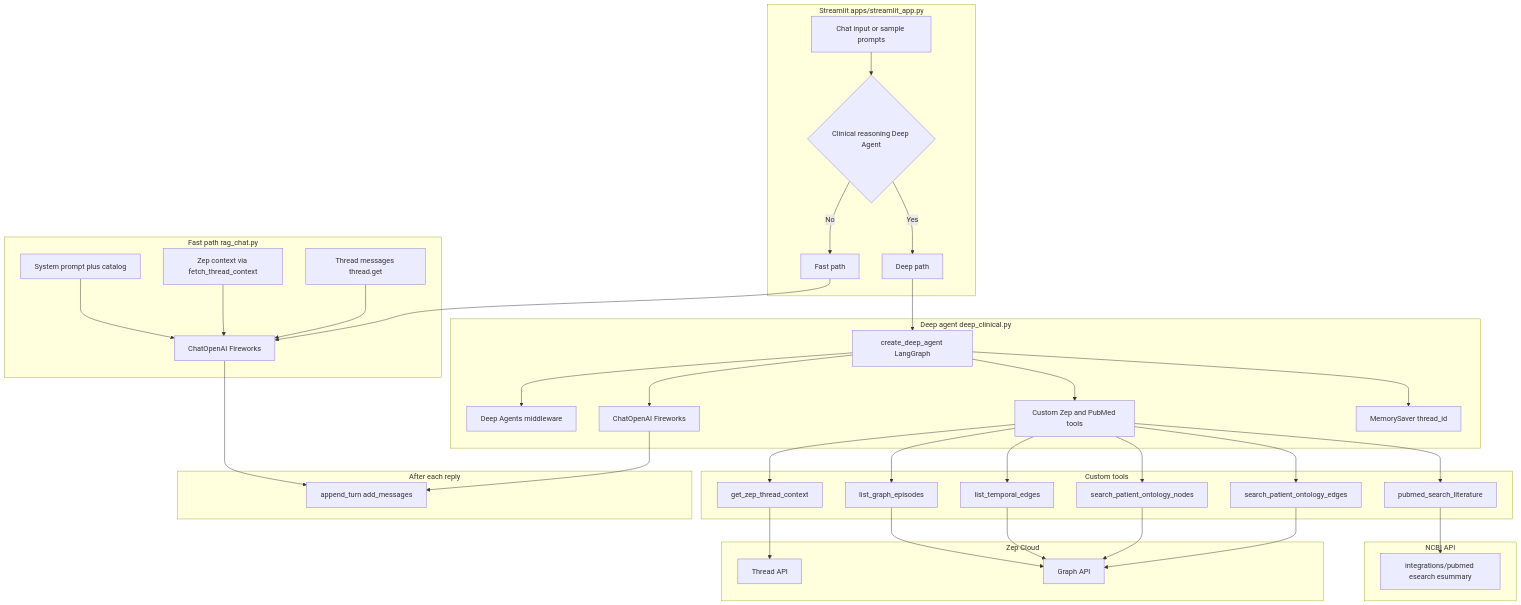
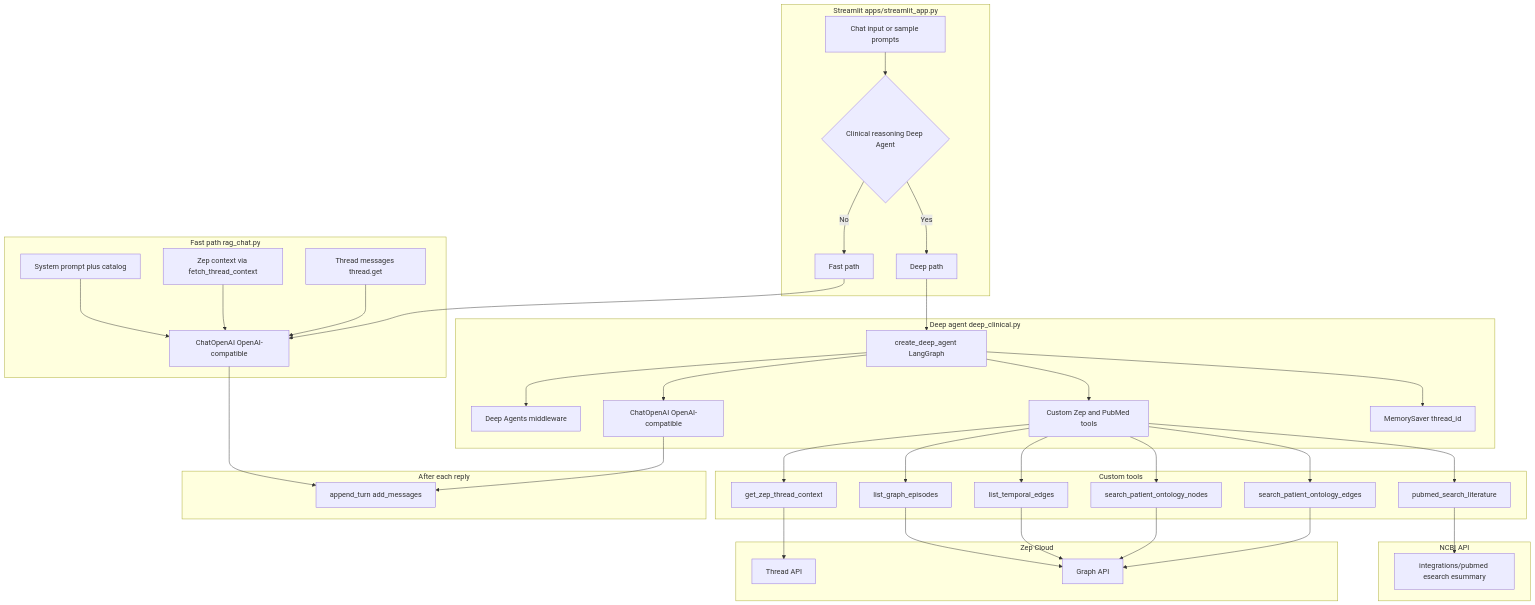
The second of 3 diagrams in README.md (pramodthe/MedTrace-AI), drawn with Mermaid before and after one commit. The commit also changed other lines of this file and 60 other files, not shown here.

````diff
--- a/README.md
+++ b/README.md
@@ -54,70 +73,70 @@
 ```mermaid
 flowchart TB
   subgraph ui [Streamlit apps/streamlit_app.py]
     toggle{Clinical reasoning Deep Agent}
     chatIn[Chat input or sample prompts]
     chatIn --> toggle
     toggle -->|No| fastPath[Fast path]
     toggle -->|Yes| deepPath[Deep path]
   end
 
   subgraph fastAgent [Fast path rag_chat.py]
     SYS1[System prompt plus catalog]
     CTX1[Zep context via fetch_thread_context]
     HIST1[Thread messages thread.get]
-    LLM1[ChatOpenAI Fireworks]
+    LLM1[ChatOpenAI OpenAI-compatible]
     fastPath --> LLM1
     SYS1 --> LLM1
     CTX1 --> LLM1
     HIST1 --> LLM1
   end
 
   subgraph deepAgent [Deep agent deep_clinical.py]
     DA[create_deep_agent LangGraph]
     HARNESS[Deep Agents middleware]
     TOOLS[Custom Zep and PubMed tools]
-    LLM2[ChatOpenAI Fireworks]
+    LLM2[ChatOpenAI OpenAI-compatible]
     CP[MemorySaver thread_id]
     deepPath --> DA
     DA --> HARNESS
     DA --> LLM2
     DA --> TOOLS
     DA --> CP
   end
 
   subgraph toolList [Custom tools]
     T1[get_zep_thread_context]
     T2[list_graph_episodes]
     T3[list_temporal_edges]
     T4[search_patient_ontology_nodes]
     T5[search_patient_ontology_edges]
     T6[pubmed_search_literature]
     TOOLS --> T1
     TOOLS --> T2
     TOOLS --> T3
     TOOLS --> T4
     TOOLS --> T5
     TOOLS --> T6
   end
 
   subgraph zep [Zep Cloud]
     TH[Thread API]
     GR[Graph API]
     T1 --> TH
     T2 --> GR
     T3 --> GR
     T4 --> GR
     T5 --> GR
   end
 
   subgraph ncbi [NCBI API]
     EU[integrations/pubmed esearch esummary]
     T6 --> EU
   end
 
   subgraph persist [After each reply]
     AT[append_turn add_messages]
     LLM1 --> AT
     LLM2 --> AT
   end
 ```
````
